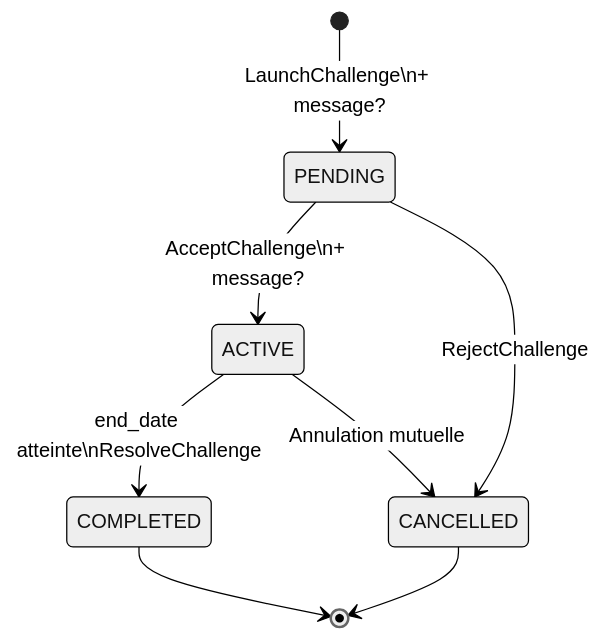
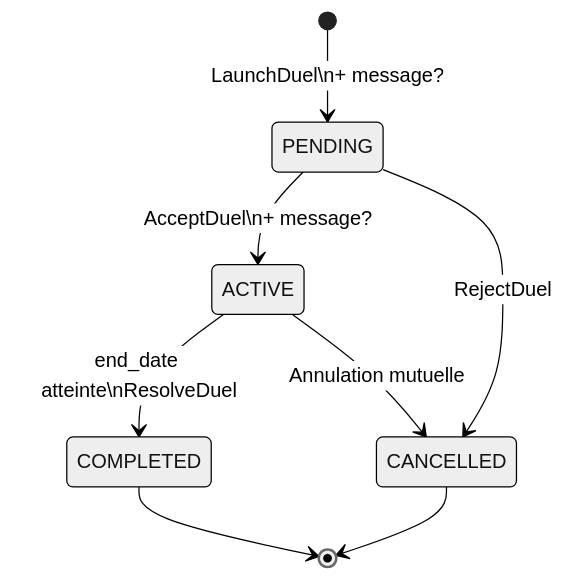
Before and after one commit to ybeneito/respawn: the third of 3 diagrams in docs/superpowers/specs/2026-05-17-respawn-design.md, drawn with Mermaid (neutral theme). The commit also changed other lines of this file and 1 other file, not shown here.

Commit message:
docs: update spec with design system tokens, quest/duel vocabulary, XP values, i18n strategy

````diff
--- a/docs/superpowers/specs/2026-05-17-respawn-design.md
+++ b/docs/superpowers/specs/2026-05-17-respawn-design.md
@@ -560,10 +652,10 @@
 ```mermaid
 stateDiagram-v2
-    [*] --> PENDING : LaunchChallenge\n+ message?
-    PENDING --> ACTIVE : AcceptChallenge\n+ message?
-    PENDING --> CANCELLED : RejectChallenge
-    ACTIVE --> COMPLETED : end_date atteinte\nResolveChallenge
+    [*] --> PENDING : LaunchDuel\n+ message?
+    PENDING --> ACTIVE : AcceptDuel\n+ message?
+    PENDING --> CANCELLED : RejectDuel
+    ACTIVE --> COMPLETED : end_date atteinte\nResolveDuel
     ACTIVE --> CANCELLED : Annulation mutuelle
     COMPLETED --> [*]
     CANCELLED --> [*]
 ```
````
